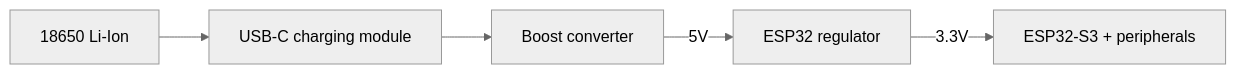
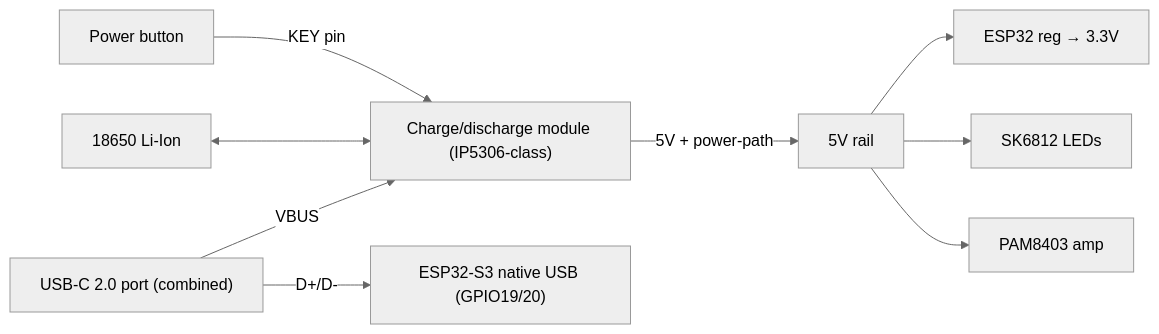
Before and after one commit to salazarr-js/pocket-groovebox: the third of 3 diagrams in docs/hardware/README.md, drawn with Mermaid (neutral theme). The commit also changed other lines of this file, not shown here.

First line of the commit message:
Document power subsystem + update hardware BOM/sourcing

````diff
--- a/docs/hardware/README.md
+++ b/docs/hardware/README.md
@@ -61,7 +99,11 @@
 ```mermaid
 flowchart LR
-    BATT["18650 Li-Ion"] --> CHG["USB-C charging module"]
-    CHG --> BOOST["Boost converter"]
-    BOOST -->|5V| REG["ESP32 regulator"]
-    REG -->|3.3V| SYS["ESP32-S3 + peripherals"]
+    USBC["USB-C 2.0 port (combined)"] -->|VBUS| MOD["Charge/discharge module (IP5306-class)"]
+    USBC -->|"D+/D-"| MCU["ESP32-S3 native USB (GPIO19/20)"]
+    BATT["18650 Li-Ion"] <--> MOD
+    MOD -->|"5V + power-path"| RAIL["5V rail"]
+    RAIL --> REG["ESP32 reg → 3.3V"]
+    RAIL --> LED["SK6812 LEDs"]
+    RAIL --> AMP["PAM8403 amp"]
+    KEY["Power button"] -->|KEY pin| MOD
 ```
````
